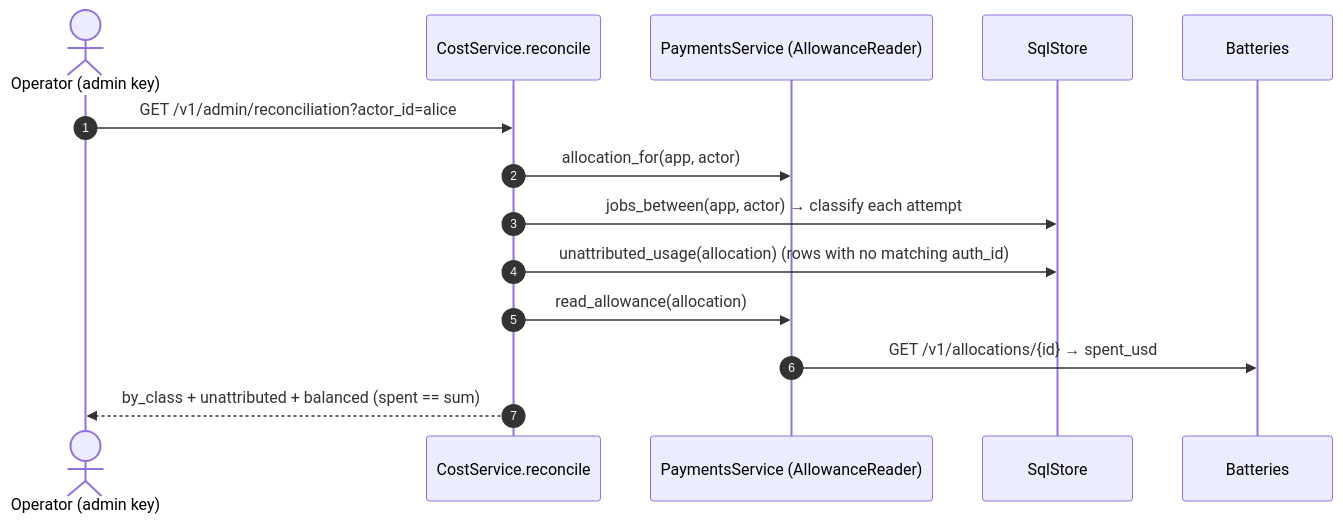
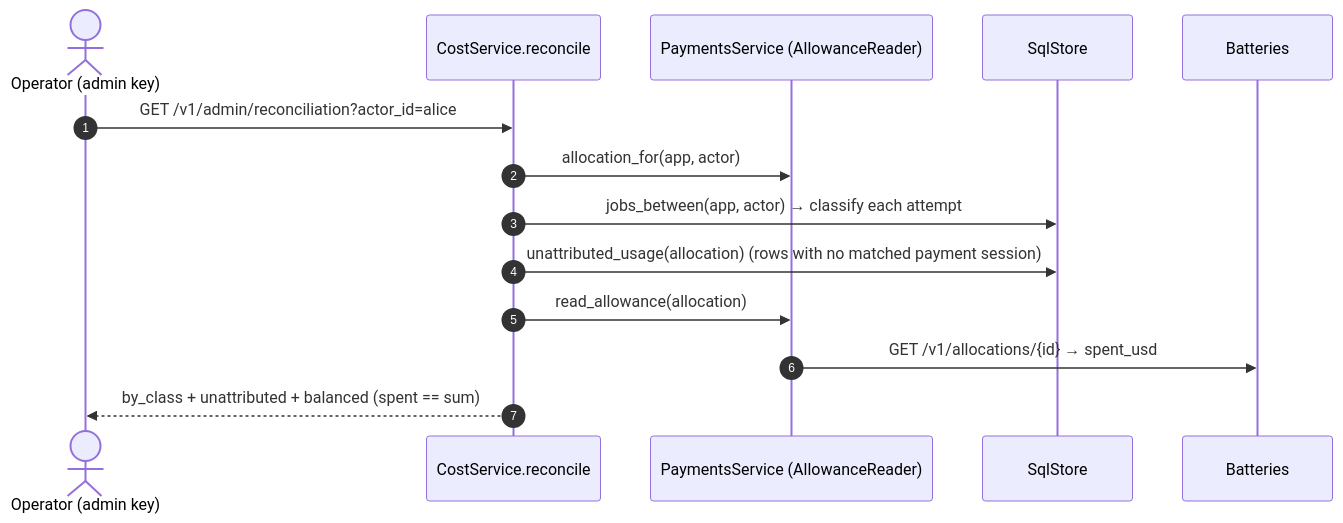
The eighth of 12 diagrams in docs/design-docs/architecture-diagrams.md (NE-Build-Track/livepeer-builder-core), drawn with Mermaid before and after one commit. The commit also changed other lines of this file and 49 other files, not shown here.

````diff
--- a/docs/design-docs/architecture-diagrams.md
+++ b/docs/design-docs/architecture-diagrams.md
@@ -265,16 +265,16 @@
 ```mermaid
 sequenceDiagram
     autonumber
     actor Op as Operator (admin key)
     participant C as CostService.reconcile
     participant Pay as PaymentsService (AllowanceReader)
     participant DB as SqlStore
     participant Bat as Batteries
     Op->>C: GET /v1/admin/reconciliation?actor_id=alice
     C->>Pay: allocation_for(app, actor)
     C->>DB: jobs_between(app, actor) → classify each attempt
-    C->>DB: unattributed_usage(allocation) (rows with no matching auth_id)
+    C->>DB: unattributed_usage(allocation) (rows with no matched payment session)
     C->>Pay: read_allowance(allocation)
     Pay->>Bat: GET /v1/allocations/{id} → spent_usd
     C-->>Op: by_class + unattributed + balanced (spent == sum)
 ```
````
